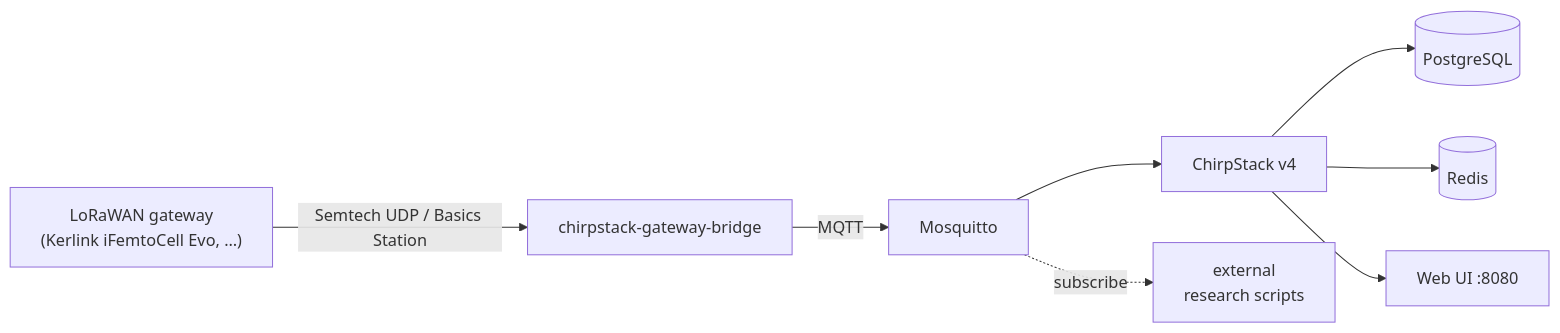
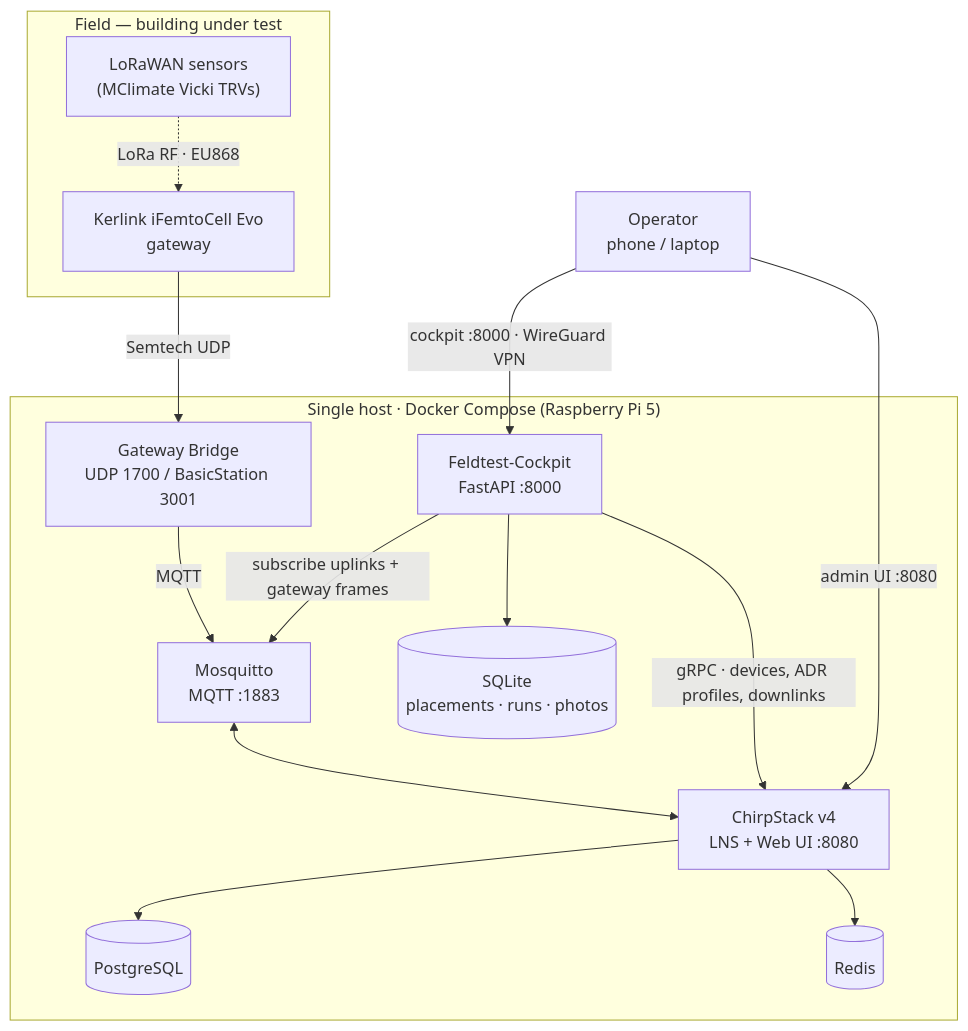
Before and after one commit to theautomatist/whz-lora: the first of 2 diagrams in README.md, drawn with Mermaid. The commit also changed other lines of this file and 41 other files, not shown here.

First line of the commit message:
feat(cockpit): Feldtest-Cockpit — field-measurement workflow, RF survey, history

````diff
--- a/README.md
+++ b/README.md
@@ -40,11 +32,31 @@
 ```mermaid
-flowchart LR
-  GW["LoRaWAN gateway<br/>(Kerlink iFemtoCell Evo, …)"]
-  GW -- "Semtech UDP / Basics Station" --> BR["chirpstack-gateway-bridge"]
-  BR -- MQTT --> MQ["Mosquitto"]
-  MQ --> CS["ChirpStack v4"]
-  CS --> PG[("PostgreSQL")]
-  CS --> RD[("Redis")]
-  CS --> UI["Web UI :8080"]
-  MQ -. subscribe .-> EXT["external<br/>research scripts"]
+flowchart TB
+  subgraph Field["Field — building under test"]
+    TRV["LoRaWAN sensors<br/>(MClimate Vicki TRVs)"]
+    GW["Kerlink iFemtoCell Evo<br/>gateway"]
+  end
+  TRV -. "LoRa RF · EU868" .-> GW
+
+  subgraph Host["Single host · Docker Compose (Raspberry Pi 5)"]
+    BR["Gateway Bridge<br/>UDP 1700 / BasicStation 3001"]
+    MQ["Mosquitto<br/>MQTT :1883"]
+    CS["ChirpStack v4<br/>LNS + Web UI :8080"]
+    PG[("PostgreSQL")]
+    RD[("Redis")]
+    CK["Feldtest-Cockpit<br/>FastAPI :8000"]
+    SQ[("SQLite<br/>placements · runs · photos")]
+  end
+
+  GW -- "Semtech UDP" --> BR
+  BR -- MQTT --> MQ
+  MQ <--> CS
+  CS --> PG
+  CS --> RD
+  CK -- "gRPC · devices, ADR profiles, downlinks" --> CS
+  CK -- "subscribe uplinks + gateway frames" --> MQ
+  CK --> SQ
+
+  OP["Operator<br/>phone / laptop"]
+  OP -- "cockpit :8000 · WireGuard VPN" --> CK
+  OP -- "admin UI :8080" --> CS
 ```
````
